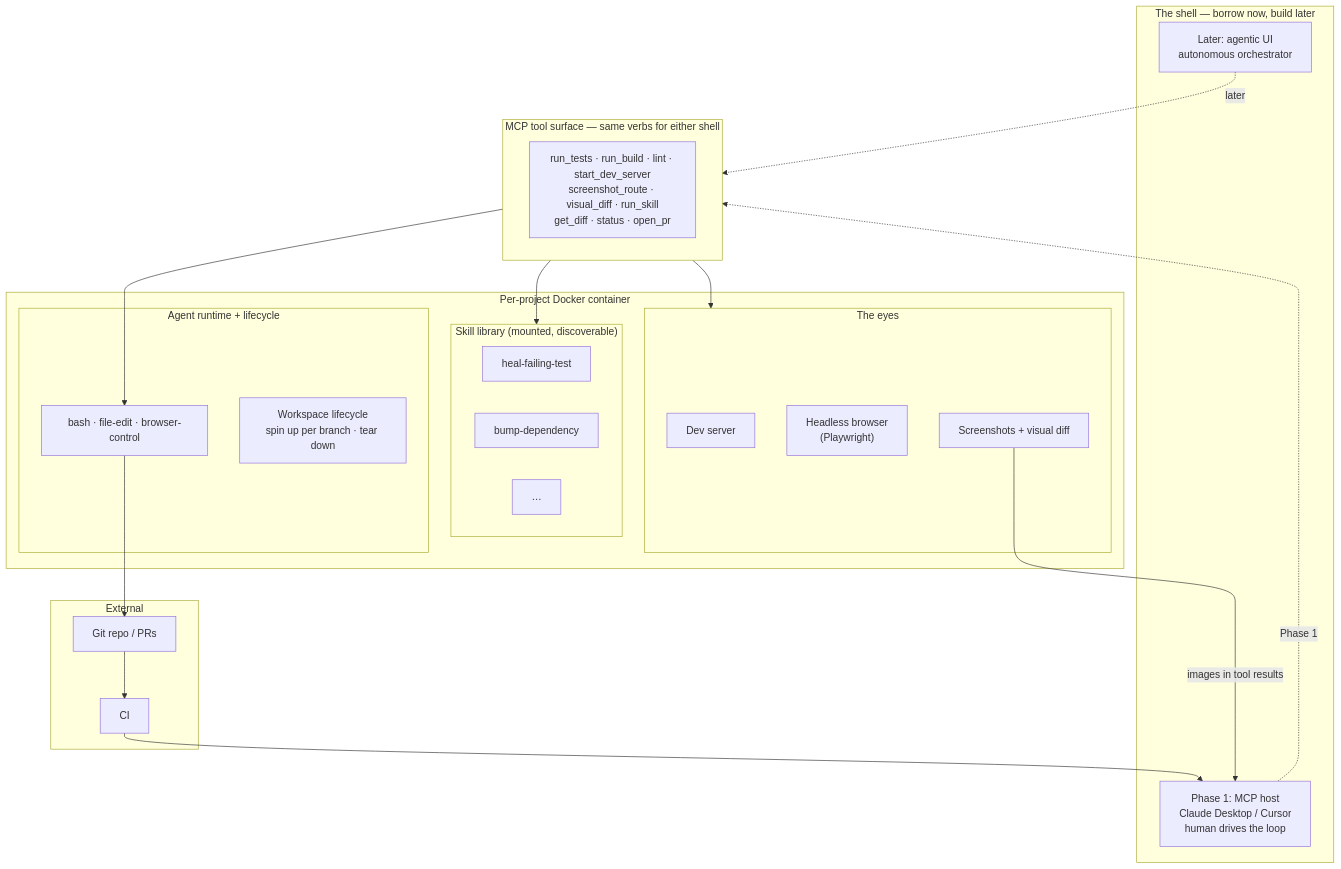
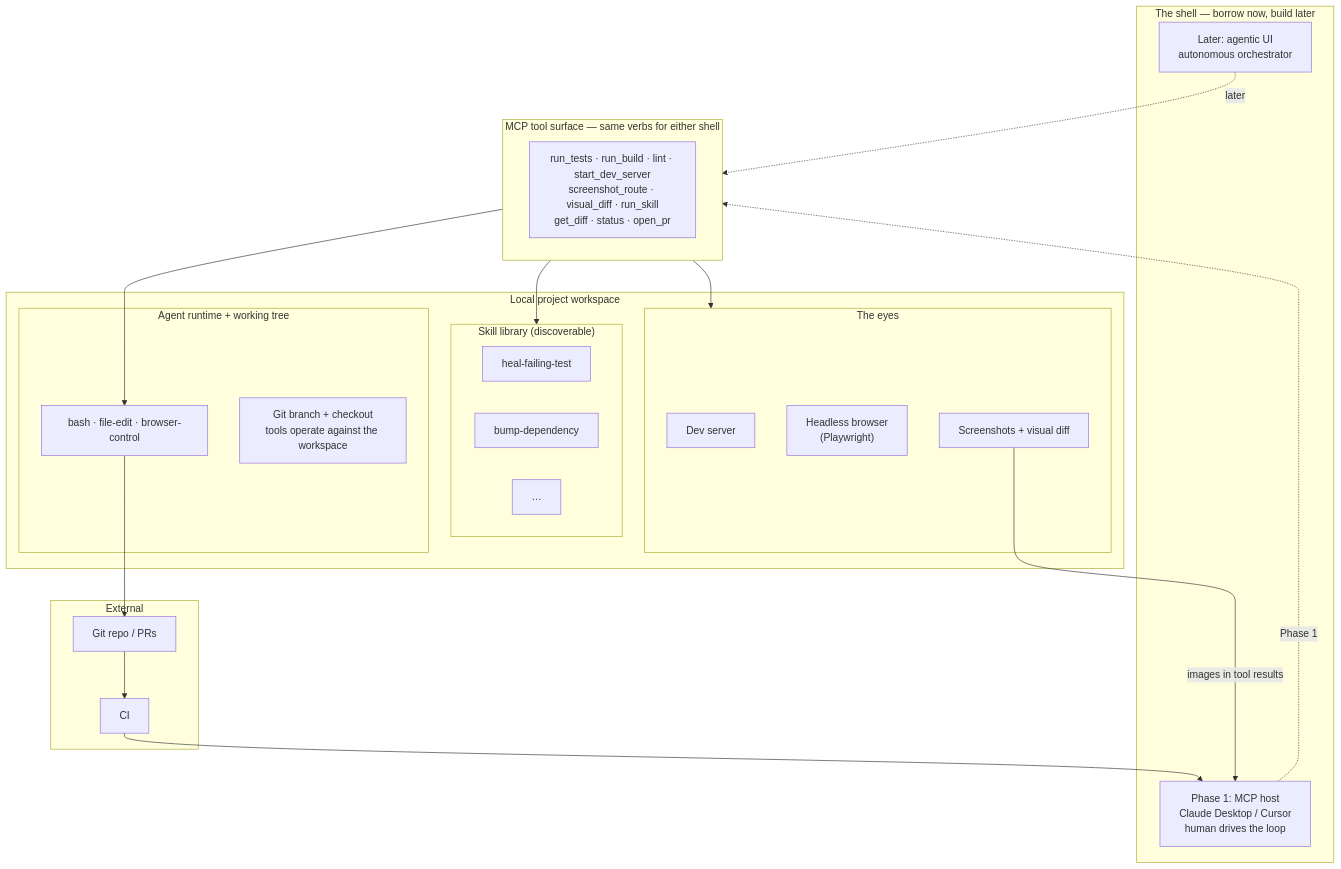
One commit to jrfornes/devkit changed the first of 2 diagrams in ARCHITECTURE.md. Above: the diagram before and after it, drawn with Mermaid. The commit also changed other lines of this file and 13 other files, not shown here.

First line of the commit message:
Drop Docker: local workspace is the environment

````diff
--- a/ARCHITECTURE.md
+++ b/ARCHITECTURE.md
@@ -52,43 +53,43 @@
 ```mermaid
 flowchart TB
     subgraph Shell["The shell — borrow now, build later"]
         host["Phase 1: MCP host<br/>Claude Desktop / Cursor<br/>human drives the loop"]
         ui["Later: agentic UI<br/>autonomous orchestrator"]
     end
 
     subgraph Surface["MCP tool surface — same verbs for either shell"]
         verbs["run_tests · run_build · lint · start_dev_server<br/>screenshot_route · visual_diff · run_skill<br/>get_diff · status · open_pr"]
     end
 
-    subgraph Container["Per-project Docker container"]
-        subgraph Runtime["Agent runtime + lifecycle"]
+    subgraph Workspace["Local project workspace"]
+        subgraph Runtime["Agent runtime + working tree"]
             tools["bash · file-edit · browser-control"]
-            lifecycle["Workspace lifecycle<br/>spin up per branch · tear down"]
+            lifecycle["Git branch + checkout<br/>tools operate against the workspace"]
         end
-        subgraph Skills["Skill library (mounted, discoverable)"]
+        subgraph Skills["Skill library (discoverable)"]
             skill1["heal-failing-test"]
             skill2["bump-dependency"]
             skill3["…"]
         end
         subgraph Eyes["The eyes"]
             server["Dev server"]
             browser["Headless browser<br/>(Playwright)"]
             screens["Screenshots + visual diff"]
         end
     end
 
     subgraph External["External"]
         repo["Git repo / PRs"]
         ci["CI"]
     end
 
     host -.->|Phase 1| Surface
     ui -.->|later| Surface
     Surface --> tools
     Surface --> Skills
     Surface --> Eyes
     tools --> repo
     repo --> ci
     screens -->|images in tool results| host
     ci --> host
 ```
````
